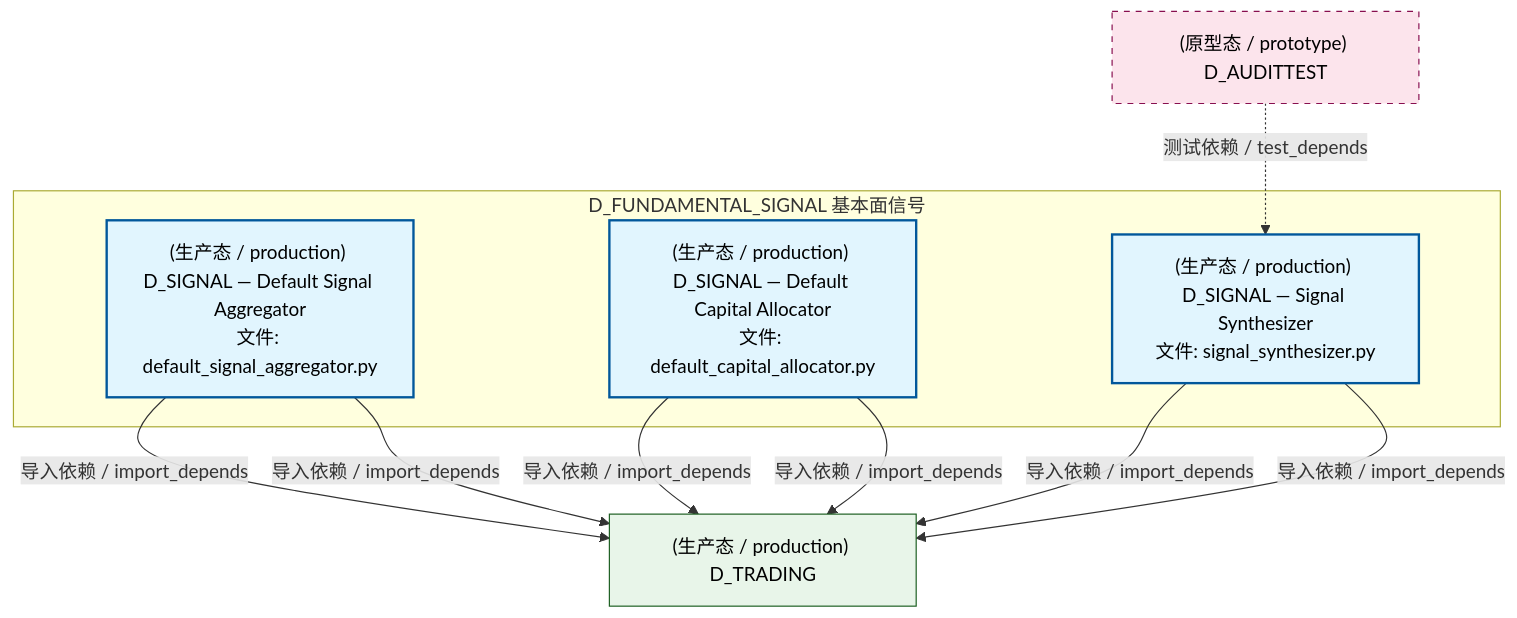
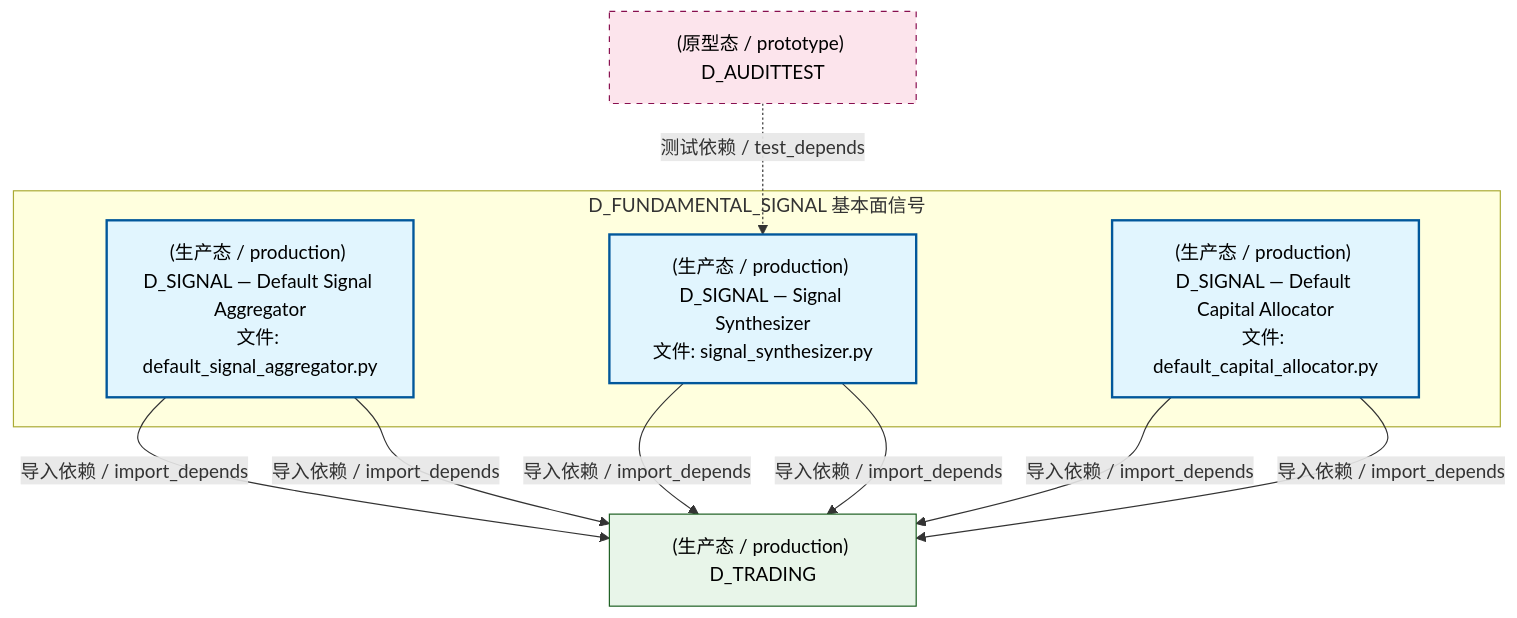
The second of 4 diagrams in docs/02_enterprise_architecture/02_domain_architecture_docs/35_d_fundamental_signal.md (xuanFelixVan/ZephyrAlpha), drawn with Mermaid before and after one commit. The commit also changed other lines of this file and 112 other files, not shown here.

````diff
--- a/docs/02_enterprise_architecture/02_domain_architecture_docs/35_d_fundamental_signal.md
+++ b/docs/02_enterprise_architecture/02_domain_architecture_docs/35_d_fundamental_signal.md
@@ -165,24 +167,24 @@
 ```mermaid
 graph TD
     subgraph D_FUNDAMENTAL_SIGNAL["D_FUNDAMENTAL_SIGNAL 基本面信号"]
         src_zephyr_signal_fundamental_gen_implementations_default_signal_aggregator_py["(生产态 / production) D_SIGNAL — Default Signal Aggregator<br/>文件: default_signal_aggregator.py"]
         src_zephyr_signal_fundamental_strategy_implementations_default_capital_allocator_py["(生产态 / production) D_SIGNAL — Default Capital Allocator<br/>文件: default_capital_allocator.py"]
         src_zephyr_signal_fundamental_synth_signal_synthesizer_py["(生产态 / production) D_SIGNAL — Signal Synthesizer<br/>文件: signal_synthesizer.py"]
     end
     D_TRADING["(生产态 / production) D_TRADING"]
     src_zephyr_signal_fundamental_gen_implementations_default_signal_aggregator_py -->|导入依赖 / import_depends| D_TRADING
     src_zephyr_signal_fundamental_gen_implementations_default_signal_aggregator_py -->|导入依赖 / import_depends| D_TRADING
+    src_zephyr_signal_fundamental_synth_signal_synthesizer_py -->|导入依赖 / import_depends| D_TRADING
+    src_zephyr_signal_fundamental_synth_signal_synthesizer_py -->|导入依赖 / import_depends| D_TRADING
     src_zephyr_signal_fundamental_strategy_implementations_default_capital_allocator_py -->|导入依赖 / import_depends| D_TRADING
     src_zephyr_signal_fundamental_strategy_implementations_default_capital_allocator_py -->|导入依赖 / import_depends| D_TRADING
-    src_zephyr_signal_fundamental_synth_signal_synthesizer_py -->|导入依赖 / import_depends| D_TRADING
-    src_zephyr_signal_fundamental_synth_signal_synthesizer_py -->|导入依赖 / import_depends| D_TRADING
     D_AUDITTEST["(原型态 / prototype) D_AUDITTEST"]
     D_AUDITTEST -.->|测试依赖 / test_depends| src_zephyr_signal_fundamental_synth_signal_synthesizer_py
     classDef production fill:#e1f5fe,stroke:#01579b,stroke-width:2px,color:#000
     classDef design fill:#fff3e0,stroke:#e65100,stroke-width:2px,color:#000,stroke-dasharray: 5 5
     classDef external_prod fill:#e8f5e9,stroke:#1b5e20,stroke-width:1px,color:#000
     classDef external_design fill:#fce4ec,stroke:#880e4f,stroke-width:1px,color:#000,stroke-dasharray: 5 5
     class src_zephyr_signal_fundamental_gen_implementations_default_signal_aggregator_py,src_zephyr_signal_fundamental_strategy_implementations_default_capital_allocator_py,src_zephyr_signal_fundamental_synth_signal_synthesizer_py production
     class D_TRADING external_prod
     class D_AUDITTEST external_design
 ```
````
